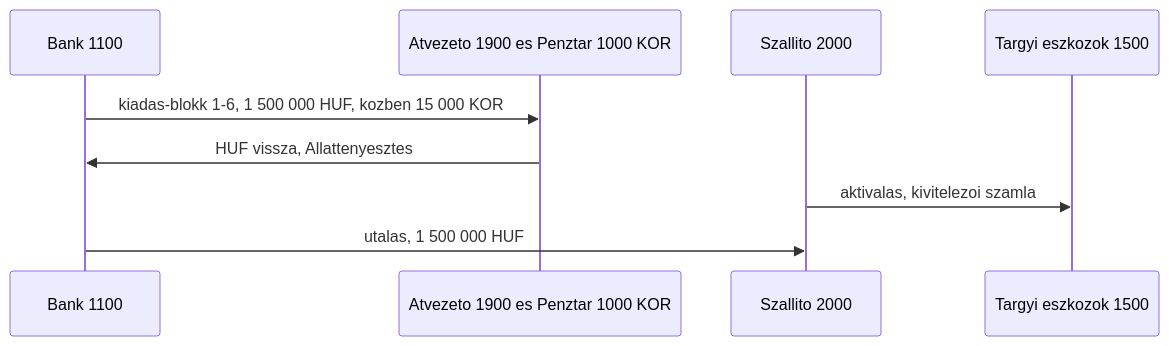
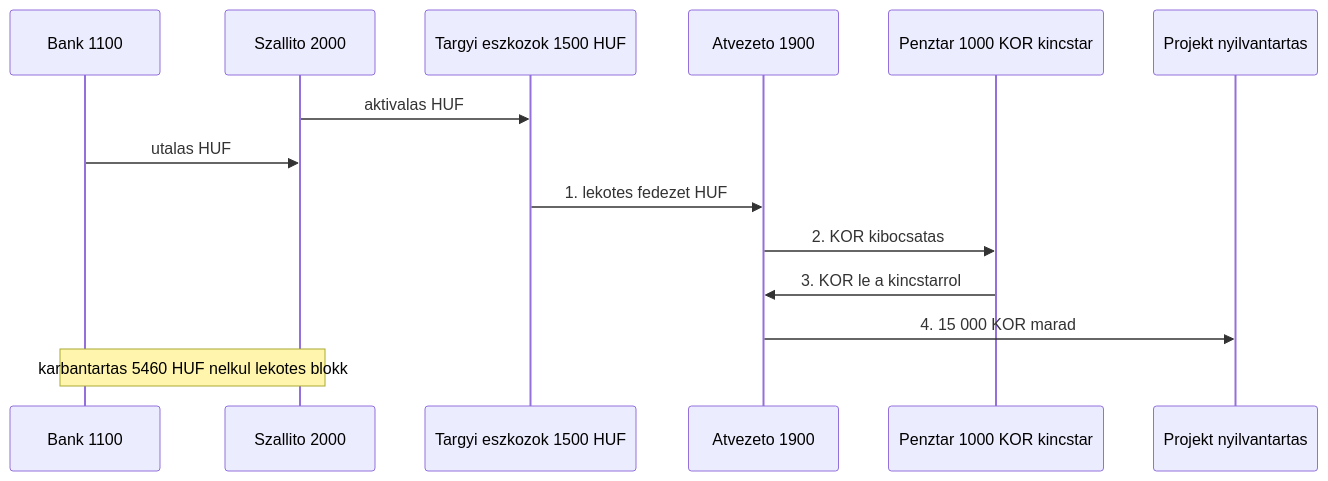
Before and after one commit to pitiboy/curr: the tenth of 15 diagrams in docs/transaction-workflow.md, drawn with Mermaid. The commit also changed other lines of this file and 31 other files, not shown here.

````diff
--- a/docs/transaction-workflow.md
+++ b/docs/transaction-workflow.md
@@ -493,12 +518,17 @@
 ```mermaid
 sequenceDiagram
   participant Bank as Bank 1100
-  participant Atv as Atvezeto 1900 es Penztar 1000 KOR
   participant Szallito as Szallito 2000
-  participant Eszkoz as Targyi eszkozok 1500
+  participant Eszkoz as Targyi eszkozok 1500 HUF
+  participant Atv as Atvezeto 1900
+  participant Kt as Penztar 1000 KOR kincstar
+  participant Projekt as Projekt nyilvantartas
 
-  Bank->>Atv: kiadas-blokk 1-6, 1 500 000 HUF, kozben 15 000 KOR
-  Atv->>Bank: HUF vissza, Allattenyesztes
-  Szallito->>Eszkoz: aktivalas, kivitelezoi szamla
-  Bank->>Szallito: utalas, 1 500 000 HUF
+  Szallito->>Eszkoz: aktivalas HUF
+  Bank->>Szallito: utalas HUF
+  Eszkoz->>Atv: 1. lekotes fedezet HUF
+  Atv->>Kt: 2. KOR kibocsatas
+  Kt->>Atv: 3. KOR le a kincstarrol
+  Atv->>Projekt: 4. 15 000 KOR marad
+  Note over Bank,Szallito: karbantartas 5460 HUF nelkul lekotes blokk
 ```
````
